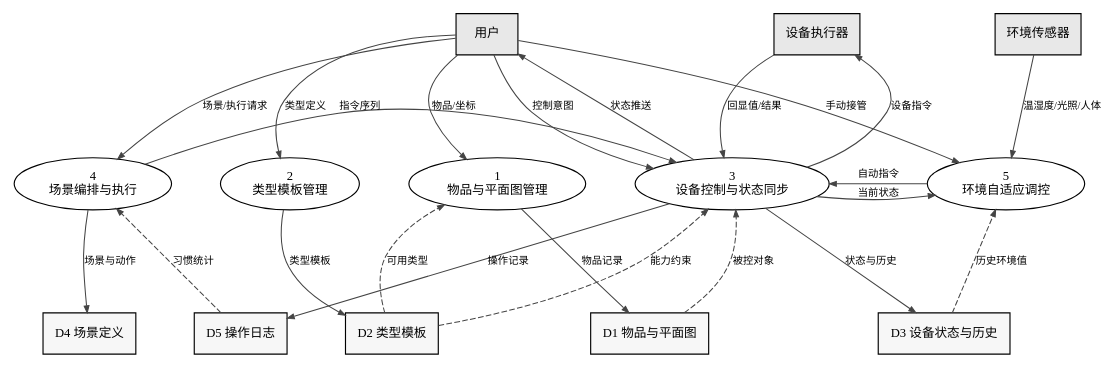
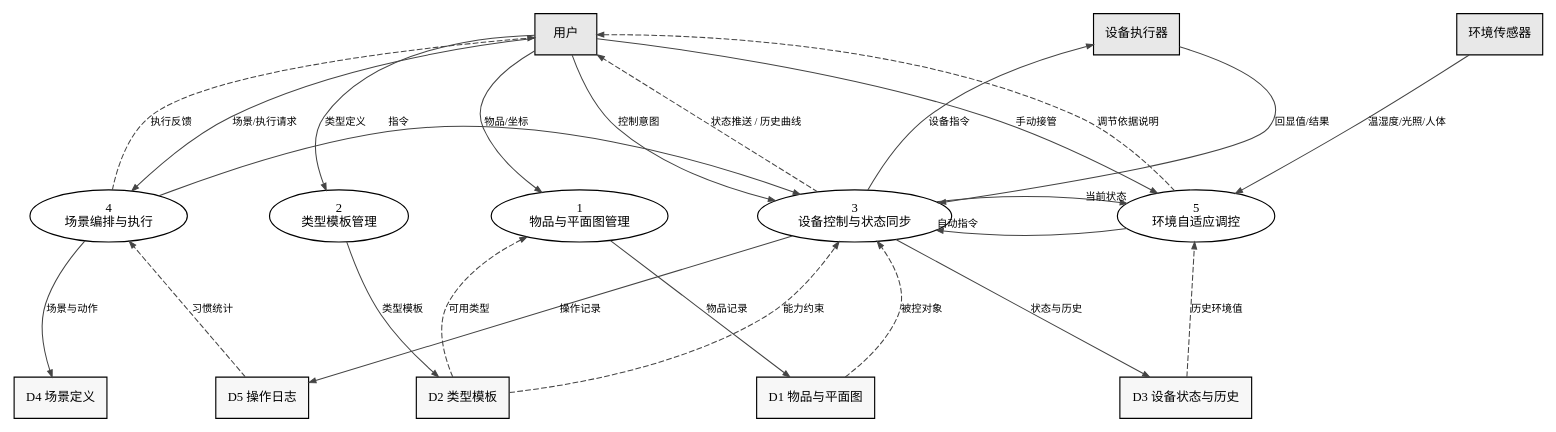
One commit to I-am-not-a-Yuzusoft-fan/smart-home changed the diagram in docs/diagrams/src/05-dfd.dot. Above: the diagram before and after it, drawn with Graphviz. The commit also changed 12 other files, not shown here.

Commit message:
docs: 修正跨文档不一致（导入原子性、矩阵加工号、表结构对齐 DDL、DFD 父子平衡、组件树图表化）

```diff
--- a/docs/diagrams/src/05-dfd.dot
+++ b/docs/diagrams/src/05-dfd.dot
@@ -1,57 +1,60 @@
 // 图 5  分层数据流图（DFD 第 1 层）
+// 外部实体与输入/输出流与顶层 DFD（00-dfd-top.dot）严格保持父子平衡。
 digraph DFD {
-  graph [rankdir=TB, fontname="PingFang SC", nodesep=0.6, ranksep=1.1, splines=spline, bgcolor="white"];
+  graph [rankdir=TB, fontname="PingFang SC", nodesep=1.0, ranksep=1.5, splines=spline, bgcolor="white"];
   node  [fontname="PingFang SC", fontsize=11, margin="0.12,0.06"];
   edge  [fontname="PingFang SC", fontsize=9, color="#444444", arrowsize=0.6, penwidth=0.9];
 
-  // 第一列：外部实体
+  // 第一行：外部实体
   node [shape=box, style="filled", fillcolor="#E8E8E8"];
   用户; 环境传感器; 设备执行器;
 
-  // 第二列：加工
+  // 第二行：加工
   node [shape=ellipse, style="filled", fillcolor="#FFFFFF"];
   P1 [label="1\n物品与平面图管理"];
   P2 [label="2\n类型模板管理"];
   P3 [label="3\n设备控制与状态同步"];
   P4 [label="4\n场景编排与执行"];
   P5 [label="5\n环境自适应调控"];
 
-  // 第三列：数据存储
+  // 第三行：数据存储
   node [shape=box, style="filled", fillcolor="#F7F7F7"];
   D1 [label="D1 物品与平面图"];
   D2 [label="D2 类型模板"];
   D3 [label="D3 设备状态与历史"];
   D4 [label="D4 场景定义"];
   D5 [label="D5 操作日志"];
 
   { rank=same; 用户; 环境传感器; 设备执行器; }
   { rank=same; P1; P2; P3; P4; P5; }
   { rank=same; D1; D2; D3; D4; D5; }
 
   用户 -> P1 [label="物品/坐标"];
   用户 -> P2 [label="类型定义"];
   用户 -> P3 [label="控制意图"];
   用户 -> P4 [label="场景/执行请求"];
   用户 -> P5 [label="手动接管"];
 
   P1 -> D1 [label="物品记录"];
   P2 -> D2 [label="类型模板"];
   P4 -> D4 [label="场景与动作"];
   P3 -> D3 [label="状态与历史"];
   P3 -> D5 [label="操作记录"];
 
   D2 -> P1 [label="可用类型", style=dashed];
   D2 -> P3 [label="能力约束", style=dashed];
   D1 -> P3 [label="被控对象", style=dashed];
   D3 -> P5 [label="历史环境值", style=dashed];
   D5 -> P4 [label="习惯统计", style=dashed];
 
   P3 -> 设备执行器 [label="设备指令"];
   设备执行器 -> P3 [label="回显值/结果"];
-  P4 -> P3 [label="指令序列"];
+  P4 -> P3 [label="指令"];
   环境传感器 -> P5 [label="温湿度/光照/人体"];
-  P5 -> P3 [label="自动指令"];
-  P3 -> P5 [label="当前状态"];
-  P3 -> 用户 [label="状态推送"];
+  P5 -> P3 [headlabel="自动指令"];
+  P3 -> P5 [headlabel="当前状态"];
 
+  P3 -> 用户 [label="状态推送 / 历史曲线", style=dashed];
+  P4 -> 用户 [label="执行反馈", style=dashed];
+  P5 -> 用户 [label="调节依据说明", style=dashed];
 }
```
